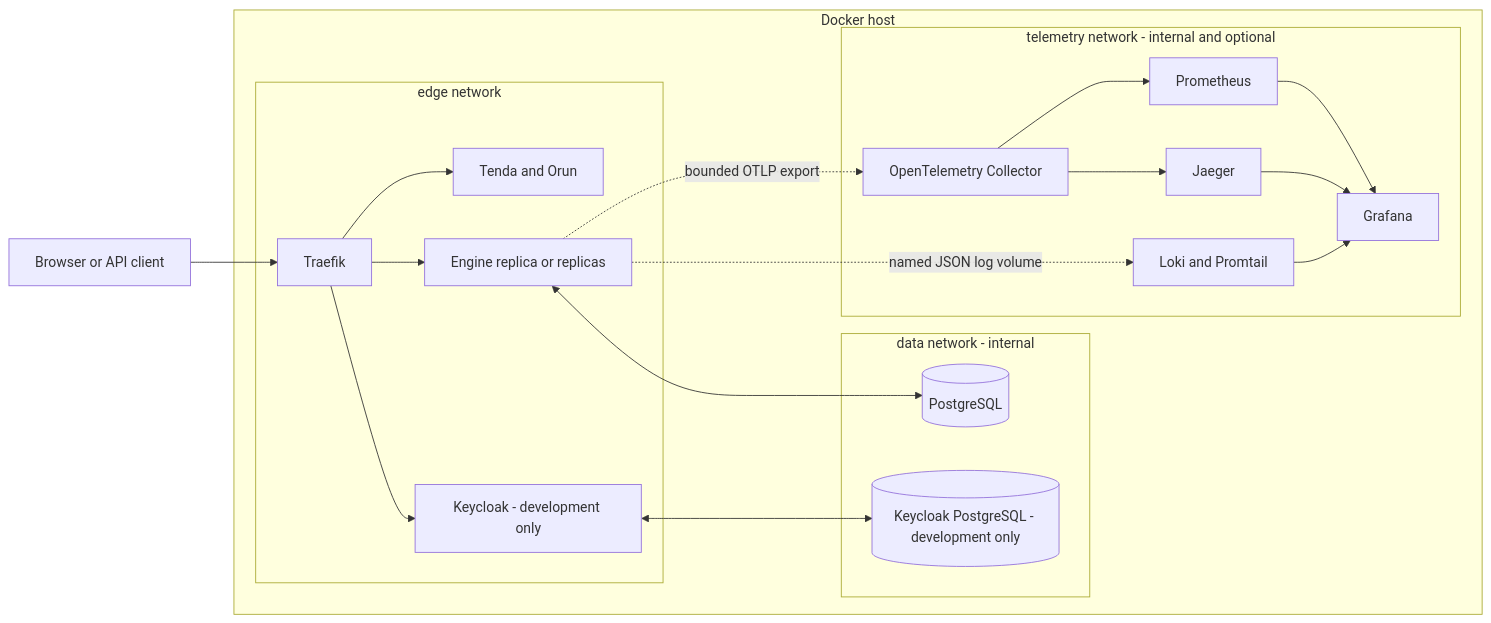
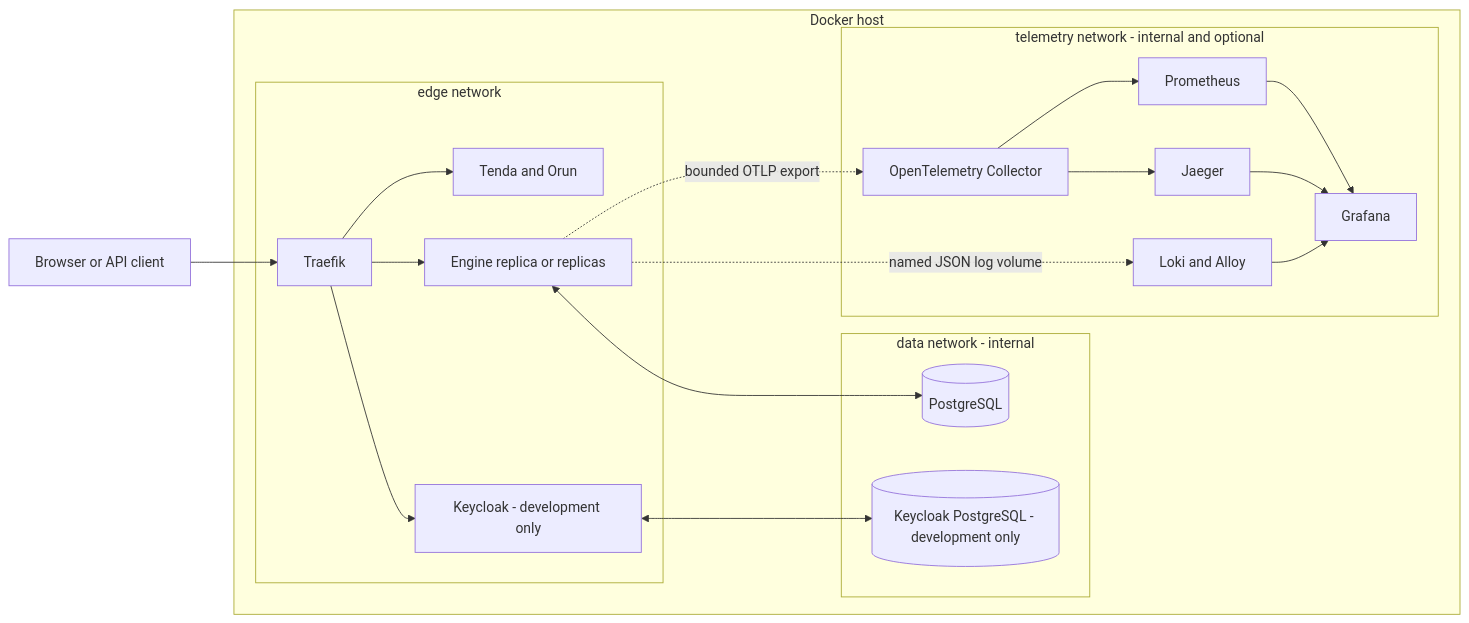
One commit to bashizip/abada-platform changed the diagram in documentation/src/content/docs/architecture/deployment.mdx. Above: the diagram before and after it, drawn with Mermaid. The commit also changed other lines of this file and 15 other files, not shown here.

Commit message:
feat(observability): replace Promtail with Grafana Alloy

````diff
--- a/documentation/src/content/docs/architecture/deployment.mdx
+++ b/documentation/src/content/docs/architecture/deployment.mdx
@@ -12,35 +12,35 @@
 ```mermaid
 flowchart LR
   subgraph Host[Docker host]
     subgraph Edge[edge network]
       T[Traefik]
       UI[Tenda and Orun]
       E[Engine replica or replicas]
       K[Keycloak - development only]
     end
     subgraph Data[data network - internal]
       DB[(PostgreSQL)]
       KD[(Keycloak PostgreSQL - development only)]
     end
     subgraph Telemetry[telemetry network - internal and optional]
       C[OpenTelemetry Collector]
       P[Prometheus]
       J[Jaeger]
-      L[Loki and Promtail]
+      L[Loki and Alloy]
       G[Grafana]
     end
   end
   B[Browser or API client] --> T
   T --> UI
   T --> E
   T --> K
   E <--> DB
   K <--> KD
   E -. bounded OTLP export .-> C
   E -. named JSON log volume .-> L
   C --> P
   C --> J
   P --> G
   J --> G
   L --> G
 ```
````
